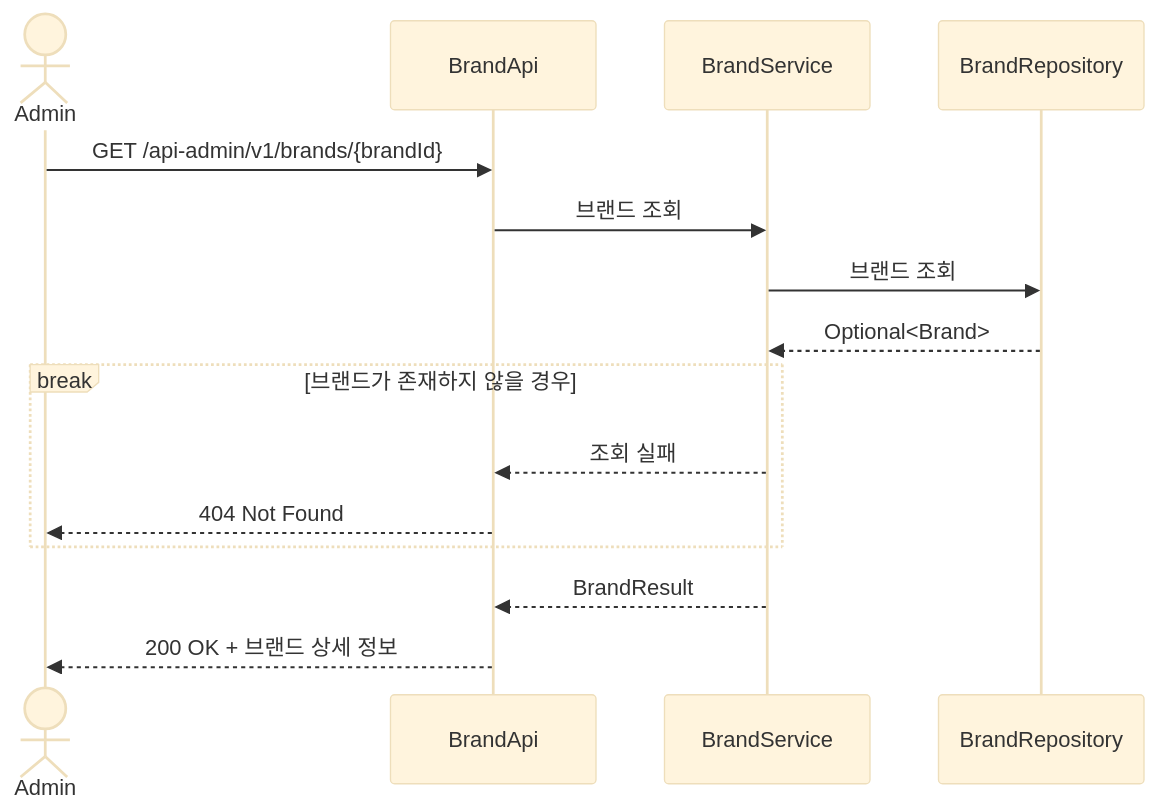
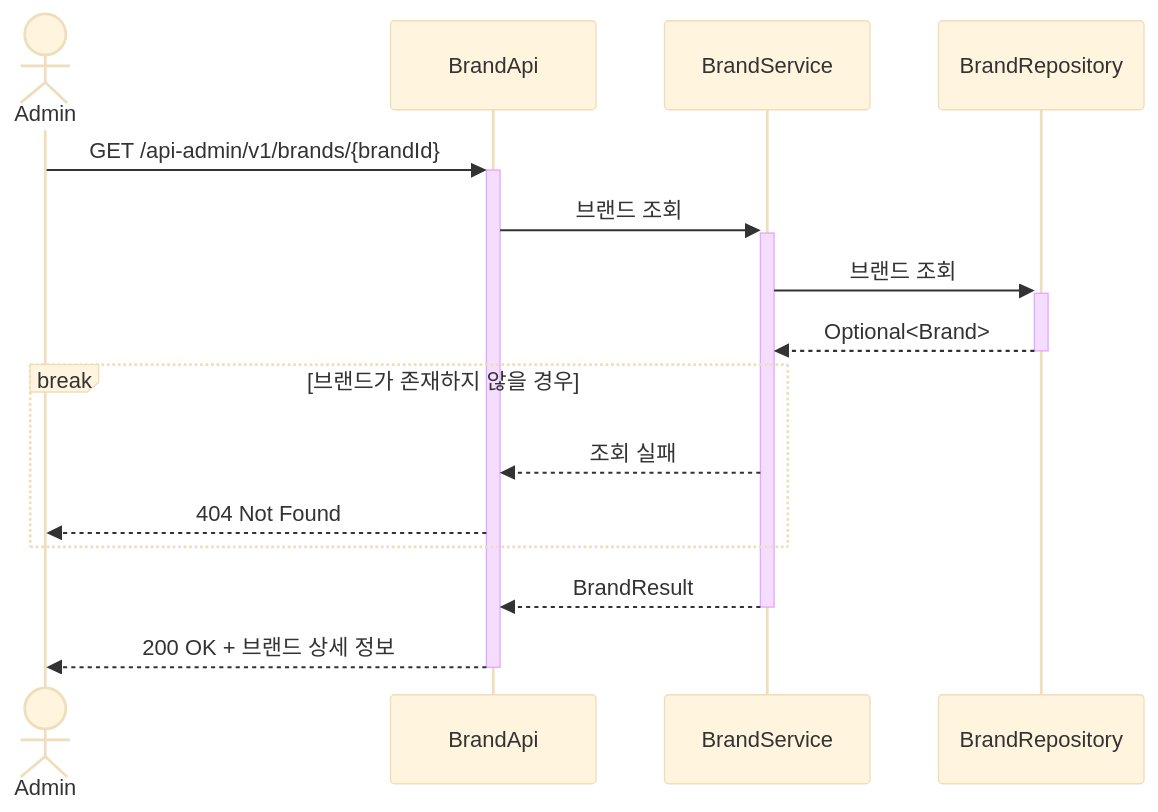
The fifth of 23 diagrams in .docs/design/02-sequence-diagrams.md (Loopers-dev-lab/loop-pack-be-l2-vol3-java), drawn with Mermaid (base theme) before and after one commit. The commit also changed other lines of this file, not shown here.

Commit message:
docs: 시퀀스 다이어그램에 액티베이션바 추가

````diff
--- a/.docs/design/02-sequence-diagrams.md
+++ b/.docs/design/02-sequence-diagrams.md
@@ -176,20 +180,20 @@
 ```mermaid
 sequenceDiagram
     actor Admin
     participant BrandApi
     participant BrandService
     participant BrandRepository
 
-    Admin ->> BrandApi: GET /api-admin/v1/brands/{brandId}
-    BrandApi ->> BrandService: 브랜드 조회
-    BrandService ->> BrandRepository: 브랜드 조회
-    BrandRepository -->> BrandService: Optional<Brand>
+    Admin ->>+ BrandApi: GET /api-admin/v1/brands/{brandId}
+    BrandApi ->>+ BrandService: 브랜드 조회
+    BrandService ->>+ BrandRepository: 브랜드 조회
+    BrandRepository -->>- BrandService: Optional<Brand>
 
     break 브랜드가 존재하지 않을 경우
         BrandService -->> BrandApi: 조회 실패
         BrandApi -->> Admin: 404 Not Found
     end
 
-    BrandService -->> BrandApi: BrandResult
-    BrandApi -->> Admin: 200 OK + 브랜드 상세 정보
+    BrandService -->>- BrandApi: BrandResult
+    BrandApi -->>- Admin: 200 OK + 브랜드 상세 정보
 ```
````
